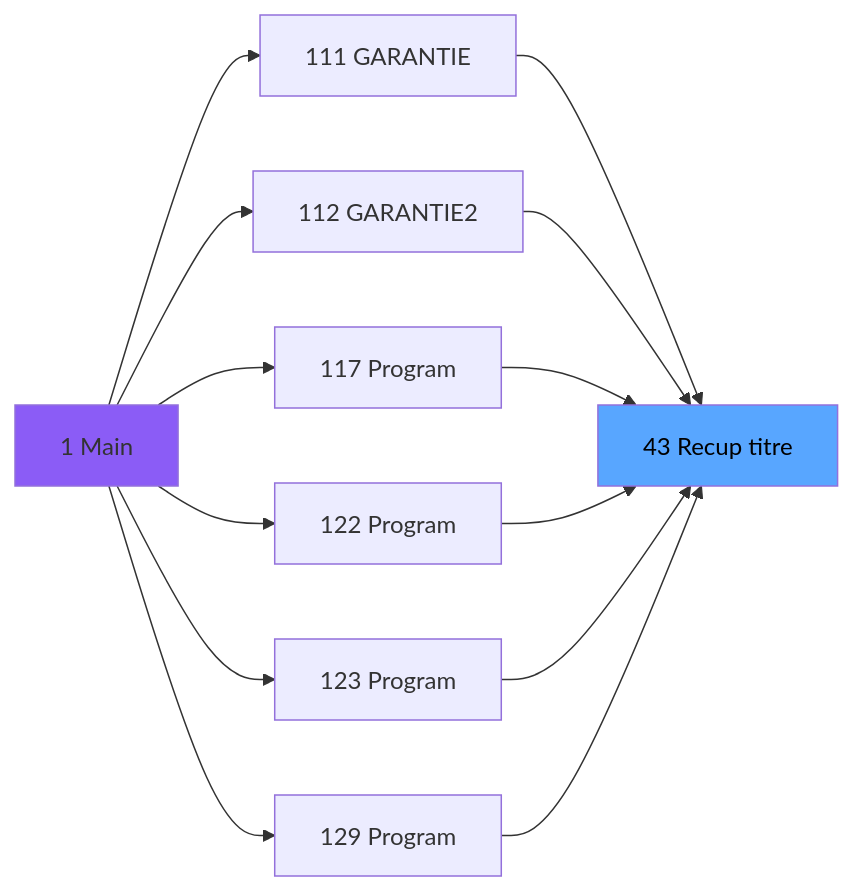
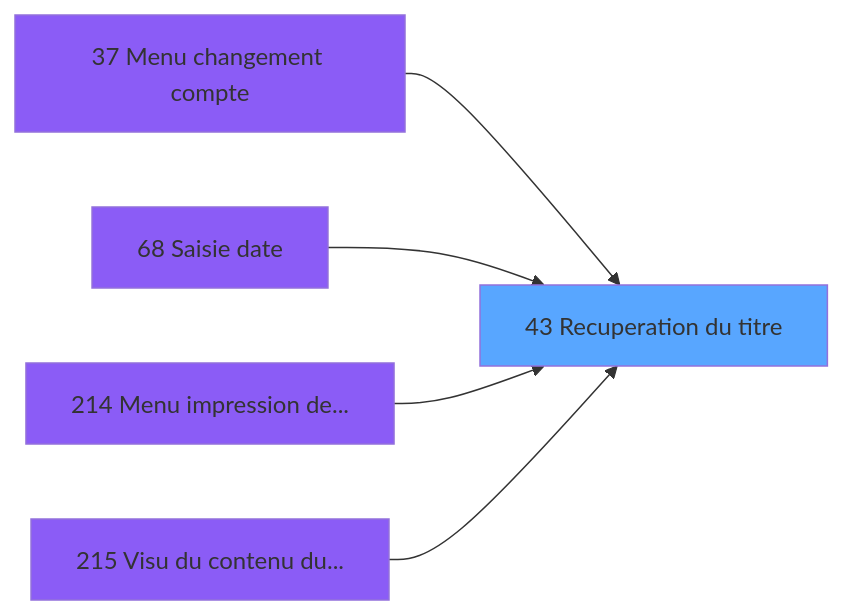
Before and after one commit to thonyAGP/magic-migration: the second of 3 diagrams in .openspec/specs/ADH-IDE-43.md, drawn with Mermaid. The commit also changed other lines of this file and 311 other files, not shown here.

````diff
--- a/.openspec/specs/ADH-IDE-43.md
+++ b/.openspec/specs/ADH-IDE-43.md
@@ -162,19 +201,17 @@
 ```mermaid
 graph LR
-    M[1 Main]
-    M111[111 GARANTIE]
-    M112[112 GARANTIE2]
-    M117[117 Program]
-    M122[122 Program]
-    M123[123 Program]
-    M129[129 Program]
-    T[43 Recup titre]
-    M --> M111 --> T
-    M --> M112 --> T
-    M --> M117 --> T
-    M --> M122 --> T
-    M --> M123 --> T
-    M --> M129 --> T
-    style T fill:#58a6ff,color:#000
-    style M fill:#8b5cf6
+    T43[43 Recuperation du titre]
+    style T43 fill:#58a6ff
+    CC214[214 Menu impression de...]
+    style CC214 fill:#8b5cf6
+    CC215[215 Visu du contenu du...]
+    style CC215 fill:#8b5cf6
+    CC37[37 Menu changement compte]
+    style CC37 fill:#8b5cf6
+    CC68[68 Saisie date]
+    style CC68 fill:#8b5cf6
+    CC37 --> T43
+    CC68 --> T43
+    CC214 --> T43
+    CC215 --> T43
 ```
````
